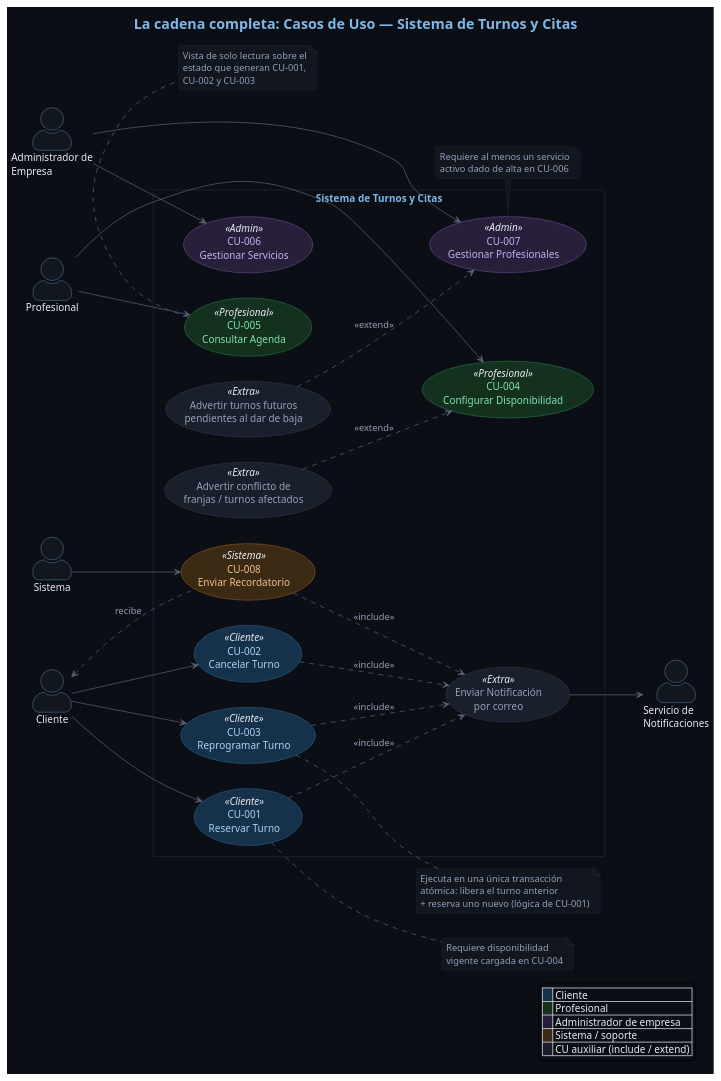
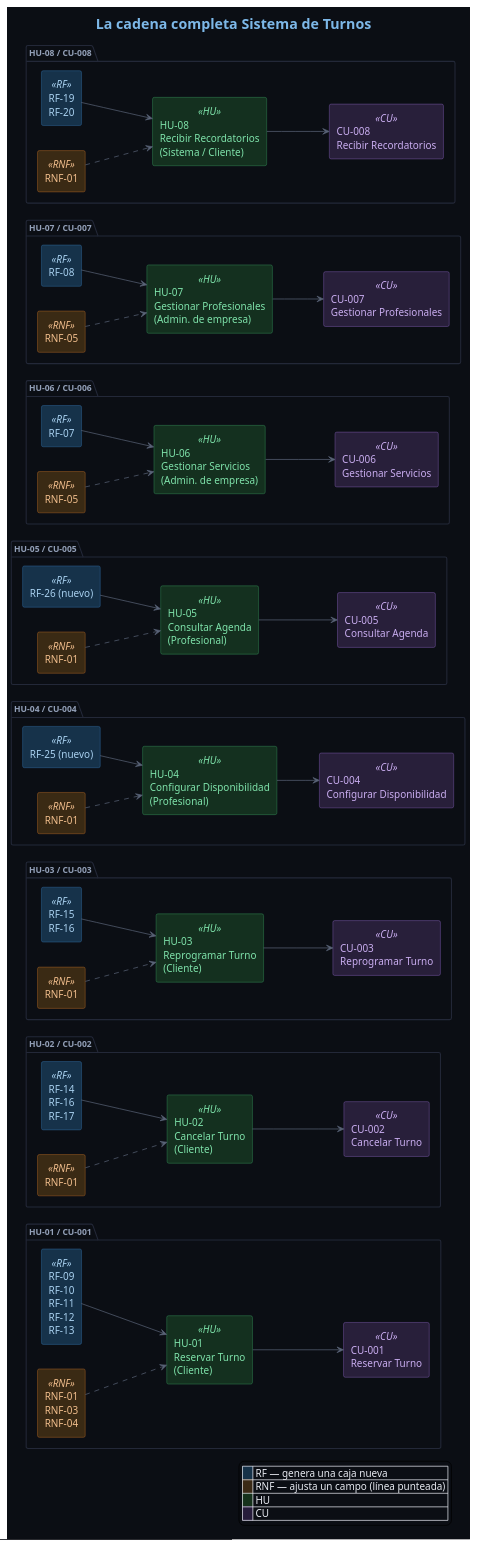
Before and after one commit to Ramirocou/Grupo-03-Sist.-Turnos.: the diagram in diagramas/casos-de-uso.puml, drawn with PlantUML.

Commit message:
Diagrama de la cadena completa en PlantUML

```diff
--- a/diagramas/casos-de-uso.puml
+++ b/diagramas/casos-de-uso.puml
@@ -1,141 +1,131 @@
 @startuml
 left to right direction
-skinparam packageStyle rectangle
-skinparam actorStyle awesome
 skinparam shadowing false
+skinparam backgroundColor #0B0E14
 skinparam defaultFontColor #E8EBF2
-skinparam backgroundColor #0B0E14
 
 skinparam title {
   FontColor #7DB8E8
   FontSize 20
 }
 
-skinparam actor {
-  BackgroundColor #12161F
-  BorderColor #7DB8E8
-  FontColor #E8EBF2
+skinparam package {
+  BackgroundColor #0B0E14
+  BorderColor #232838
+  FontColor #93A0B8
+  FontSize 12
 }
 
 skinparam arrow {
   Color #5A6478
   FontColor #93A0B8
 }
 
 skinparam rectangle {
-  BackgroundColor #0B0E14
-  BorderColor #232838
-  FontColor #7DB8E8
+  BackgroundColor<<RF>> #16324A
+  BorderColor<<RF>> #3B82C4
+  FontColor<<RF>> #A9D1F0
+
+  BackgroundColor<<RNF>> #3A2A14
+  BorderColor<<RNF>> #D97B2A
+  FontColor<<RNF>> #F0BD8C
+
+  BackgroundColor<<HU>> #14301F
+  BorderColor<<HU>> #3FAE6A
+  FontColor<<HU>> #7FE3AB
+
+  BackgroundColor<<CU>> #281F3A
+  BorderColor<<CU>> #9B6FD6
+  FontColor<<CU>> #C9ADF0
 }
 
-skinparam note {
-  BackgroundColor #12161F
-  BorderColor #232838
-  FontColor #93A0B8
+title La cadena completa Sistema de Turnos
+
+package "HU-01 / CU-001" {
+  rectangle "RF-09\nRF-10\nRF-11\nRF-12\nRF-13" as RF1 <<RF>>
+  rectangle "RNF-01\nRNF-03\nRNF-04" as RNF1 <<RNF>>
+  rectangle "HU-01\nReservar Turno\n(Cliente)" as HU1 <<HU>>
+  rectangle "CU-001\nReservar Turno" as CU1 <<CU>>
+  RF1 -down-> HU1
+  RNF1 .down.> HU1
+  HU1 -down-> CU1
 }
 
-' Colores por grupo de actor (mismo código que el diagrama de trazabilidad)
-skinparam usecase {
-  BackgroundColor<<Cliente>> #16324A
-  BorderColor<<Cliente>> #3B82C4
-  FontColor<<Cliente>> #A9D1F0
-
-  BackgroundColor<<Profesional>> #14301F
-  BorderColor<<Profesional>> #3FAE6A
-  FontColor<<Profesional>> #7FE3AB
-
-  BackgroundColor<<Admin>> #281F3A
-  BorderColor<<Admin>> #9B6FD6
-  FontColor<<Admin>> #C9ADF0
-
-  BackgroundColor<<Sistema>> #3A2A14
-  BorderColor<<Sistema>> #D97B2A
-  FontColor<<Sistema>> #F0BD8C
-
-  BackgroundColor<<Extra>> #1A1F2C
-  BorderColor<<Extra>> #444D63
-  FontColor<<Extra>> #93A0B8
+package "HU-02 / CU-002" {
+  rectangle "RF-14\nRF-16\nRF-17" as RF2 <<RF>>
+  rectangle "RNF-01" as RNF2 <<RNF>>
+  rectangle "HU-02\nCancelar Turno\n(Cliente)" as HU2 <<HU>>
+  rectangle "CU-002\nCancelar Turno" as CU2 <<CU>>
+  RF2 -down-> HU2
+  RNF2 .down.> HU2
+  HU2 -down-> CU2
 }
 
-title La cadena completa: Casos de Uso — Sistema de Turnos y Citas
-
-actor Cliente
-actor Profesional
-actor "Administrador de\nEmpresa" as Admin
-actor "Sistema\n" as Sistema
-actor "Servicio de\nNotificaciones" as Notificaciones
-
-rectangle "Sistema de Turnos y Citas" {
-  usecase "CU-001\nReservar Turno" as UC1 <<Cliente>>
-  usecase "CU-002\nCancelar Turno" as UC2 <<Cliente>>
-  usecase "CU-003\nReprogramar Turno" as UC3 <<Cliente>>
-  usecase "CU-004\nConfigurar Disponibilidad" as UC4 <<Profesional>>
-  usecase "CU-005\nConsultar Agenda" as UC5 <<Profesional>>
-  usecase "CU-006\nGestionar Servicios" as UC6 <<Admin>>
-  usecase "CU-007\nGestionar Profesionales" as UC7 <<Admin>>
-  usecase "CU-008\nEnviar Recordatorio" as UC8 <<Sistema>>
-
-  usecase "Enviar Notificación\npor correo" as UCNotif <<Extra>>
-  usecase "Advertir conflicto de\nfranjas / turnos afectados" as UCWarnDisp <<Extra>>
-  usecase "Advertir turnos futuros\npendientes al dar de baja" as UCWarnProf <<Extra>>
+package "HU-03 / CU-003" {
+  rectangle "RF-15\nRF-16" as RF3 <<RF>>
+  rectangle "RNF-01" as RNF3 <<RNF>>
+  rectangle "HU-03\nReprogramar Turno\n(Cliente)" as HU3 <<HU>>
+  rectangle "CU-003\nReprogramar Turno" as CU3 <<CU>>
+  RF3 -down-> HU3
+  RNF3 .down.> HU3
+  HU3 -down-> CU3
 }
 
-' --- Actores principales ---
-Cliente --> UC1
-Cliente --> UC2
-Cliente --> UC3
-Cliente <.. UC8 : recibe
+package "HU-04 / CU-004" {
+  rectangle "RF-25 (nuevo)" as RF4 <<RF>>
+  rectangle "RNF-01" as RNF4 <<RNF>>
+  rectangle "HU-04\nConfigurar Disponibilidad\n(Profesional)" as HU4 <<HU>>
+  rectangle "CU-004\nConfigurar Disponibilidad" as CU4 <<CU>>
+  RF4 -down-> HU4
+  RNF4 .down.> HU4
+  HU4 -down-> CU4
+}
 
-Profesional --> UC4
-Profesional --> UC5
+package "HU-05 / CU-005" {
+  rectangle "RF-26 (nuevo)" as RF5 <<RF>>
+  rectangle "RNF-01" as RNF5 <<RNF>>
+  rectangle "HU-05\nConsultar Agenda\n(Profesional)" as HU5 <<HU>>
+  rectangle "CU-005\nConsultar Agenda" as CU5 <<CU>>
+  RF5 -down-> HU5
+  RNF5 .down.> HU5
+  HU5 -down-> CU5
+}
 
-Admin --> UC6
-Admin --> UC7
+package "HU-06 / CU-006" {
+  rectangle "RF-07" as RF6 <<RF>>
+  rectangle "RNF-05" as RNF6 <<RNF>>
+  rectangle "HU-06\nGestionar Servicios\n(Admin. de empresa)" as HU6 <<HU>>
+  rectangle "CU-006\nGestionar Servicios" as CU6 <<CU>>
+  RF6 -down-> HU6
+  RNF6 .down.> HU6
+  HU6 -down-> CU6
+}
 
-Sistema --> UC8
+package "HU-07 / CU-007" {
+  rectangle "RF-08" as RF7 <<RF>>
+  rectangle "RNF-05" as RNF7 <<RNF>>
+  rectangle "HU-07\nGestionar Profesionales\n(Admin. de empresa)" as HU7 <<HU>>
+  rectangle "CU-007\nGestionar Profesionales" as CU7 <<CU>>
+  RF7 -down-> HU7
+  RNF7 .down.> HU7
+  HU7 -down-> CU7
+}
 
-' --- include ---
-UC1 ..> UCNotif : <<include>>
-UC2 ..> UCNotif : <<include>>
-UC3 ..> UCNotif : <<include>>
-UC8 ..> UCNotif : <<include>>
-UCNotif --> Notificaciones
-
-' --- extend (comportamiento opcional/condicional) ---
-UCWarnDisp ..> UC4 : <<extend>>
-UCWarnProf ..> UC7 : <<extend>>
-
-' --- Dependencias funcionales (no son include/extend UML,
-'     se documentan como notas porque una HU/CU necesita
-'     que otra ya exista) ---
-note right of UC1
-  Requiere disponibilidad
-  vigente cargada en CU-004
-end note
-
-note right of UC3
-  Ejecuta en una única transacción
-  atómica: libera el turno anterior
-  + reserva uno nuevo (lógica de CU-001)
-end note
-
-note bottom of UC5
-  Vista de solo lectura sobre el
-  estado que generan CU-001,
-  CU-002 y CU-003
-end note
-
-note bottom of UC7
-  Requiere al menos un servicio
-  activo dado de alta en CU-006
-end note
+package "HU-08 / CU-008" {
+  rectangle "RF-19\nRF-20" as RF8 <<RF>>
+  rectangle "RNF-01" as RNF8 <<RNF>>
+  rectangle "HU-08\nRecibir Recordatorios\n(Sistema / Cliente)" as HU8 <<HU>>
+  rectangle "CU-008\nRecibir Recordatorios" as CU8 <<CU>>
+  RF8 -down-> HU8
+  RNF8 .down.> HU8
+  HU8 -down-> CU8
+}
 
 legend right
-  |<back:#16324A>    </back>| Cliente |
-  |<back:#14301F>    </back>| Profesional |
-  |<back:#281F3A>    </back>| Administrador de empresa |
-  |<back:#3A2A14>    </back>| Sistema / soporte |
-  |<back:#1A1F2C>    </back>| CU auxiliar (include / extend) |
+  |<back:#16324A>    </back>| RF — genera una caja nueva |
+  |<back:#3A2A14>    </back>| RNF — ajusta un campo (línea punteada) |
+  |<back:#14301F>    </back>| HU |
+  |<back:#281F3A>    </back>| CU |
 endlegend
 
 @enduml
```
